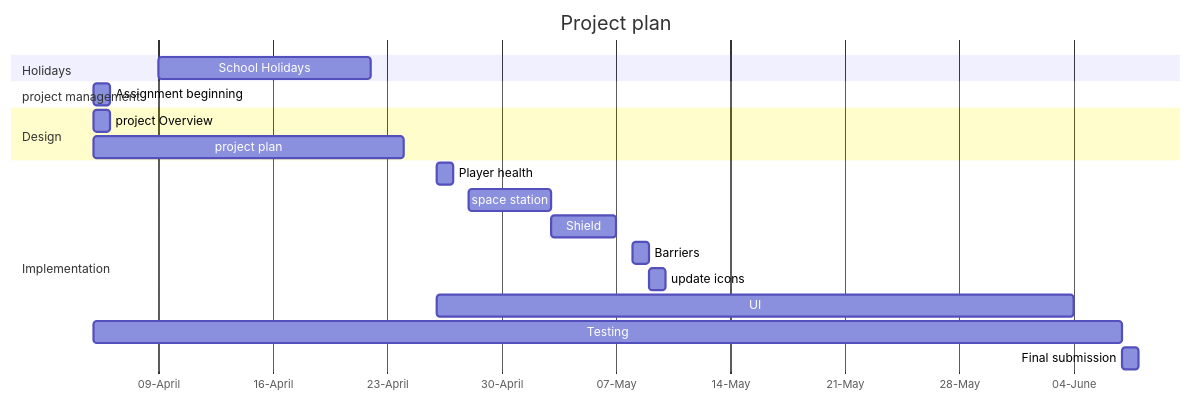
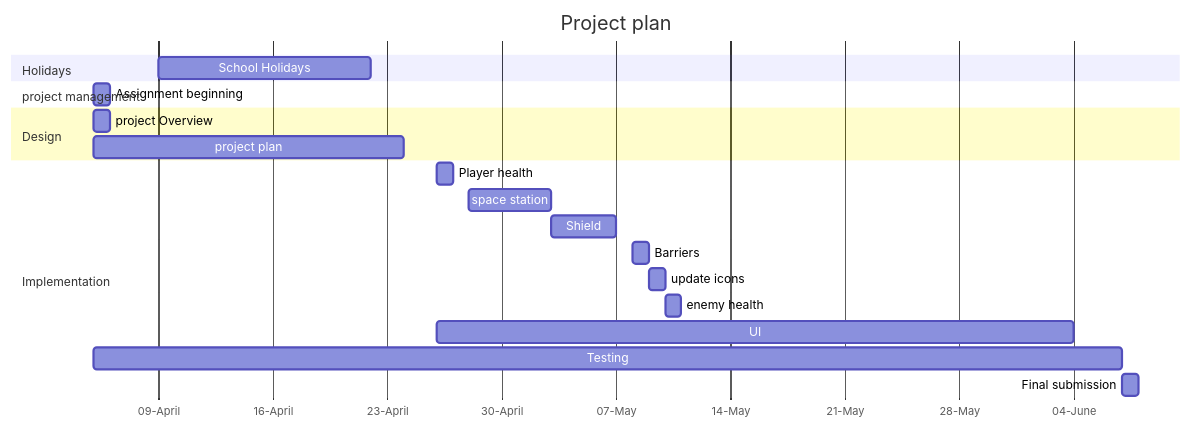
One commit to Carterpearce/SDF-Space-Invaders changed the diagram in Design.md. Above: the diagram before and after it, drawn with Mermaid. The commit also changed other lines of this file, not shown here.

First line of the commit message:
enemy health

````diff
--- a/Design.md
+++ b/Design.md
@@ -39,31 +39,31 @@
 ```mermaid  
 gantt
     title Project plan
     dateFormat DD-MM-YY
     axisFormat %d-%B
     tickInterval 1week
     
     section Holidays
     School Holidays: 09-04-23, 22-04-23
 
     section project management
     Assignment beginning: 05-04-23, 1d
 
     section Design
     project Overview:05-04-23, 1d
     project plan: 05-04-23, 24-04-23
 
     section Implementation 
-
     Player health: 26-04-23, 1d 
     space station: 28-04-23, 5d
     Shield: 03-05-23, 4d  
     Barriers: 08-05-23, 1d
     update icons: 09-05-23, 1d
+    enemy health: 10-05-23, 1d
     
     UI: 26-04-23, 04-06-23
     Testing: 05-04-23, 07-06-23
     Final submission: 07-06-23, 1d
 
 
 ```
````
